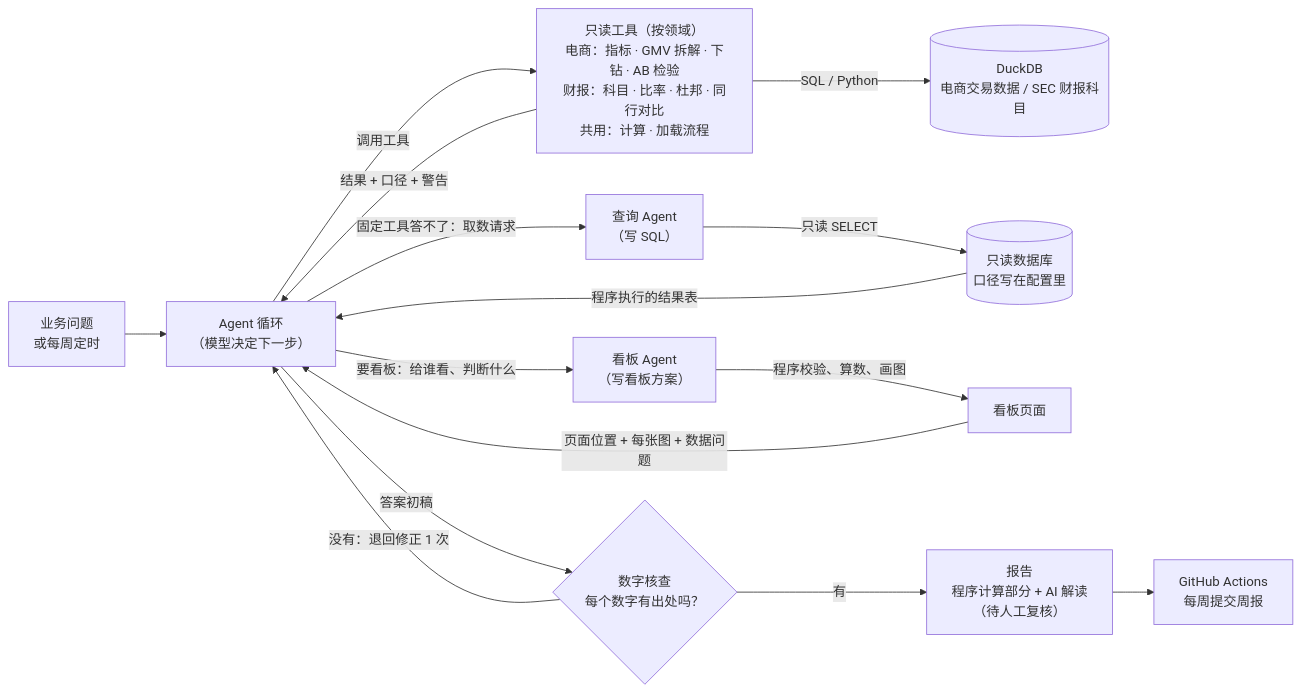
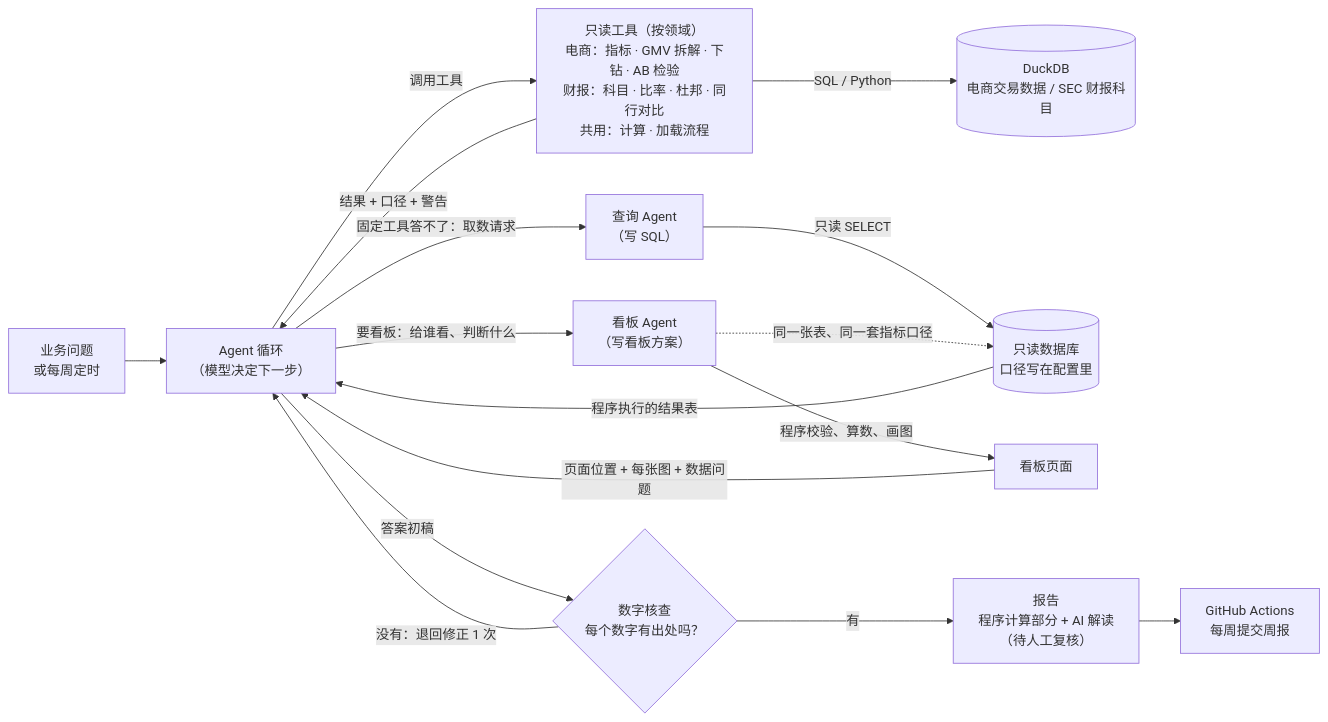
The first of 2 diagrams in README.md (Eriksas/da-agent), drawn with Mermaid before and after one commit. The commit also changed other lines of this file and 187 other files, not shown here.

````diff
--- a/README.md
+++ b/README.md
@@ -14,17 +14,18 @@
 ```mermaid
 flowchart LR
     Q["业务问题<br/>或每周定时"] --> A["Agent 循环<br/>（模型决定下一步）"]
     A -- "调用工具" --> T["只读工具（按领域）<br/>电商：指标 · GMV 拆解 · 下钻 · AB 检验<br/>财报：科目 · 比率 · 杜邦 · 同行对比<br/>共用：计算 · 加载流程"]
     T -- "SQL / Python" --> D[("DuckDB<br/>电商交易数据 / SEC 财报科目")]
     T -- "结果 + 口径 + 警告" --> A
     A -- "固定工具答不了：取数请求" --> S["查询 Agent<br/>（写 SQL）"]
     S -- "只读 SELECT" --> RO[("只读数据库<br/>口径写在配置里")]
     RO -- "程序执行的结果表" --> A
     A -- "要看板：给谁看、判断什么" --> B["看板 Agent<br/>（写看板方案）"]
     B -- "程序校验、算数、画图" --> P["看板页面"]
+    B -. "同一张表、同一套指标口径" .-> RO
     P -- "页面位置 + 每张图 + 数据问题" --> A
     A -- "答案初稿" --> C{"数字核查<br/>每个数字有出处吗？"}
     C -- "没有：退回修正 1 次" --> A
     C -- "有" --> R["报告<br/>程序计算部分 + AI 解读<br/>（待人工复核）"]
     R --> W["GitHub Actions<br/>每周提交周报"]
 ```
````
